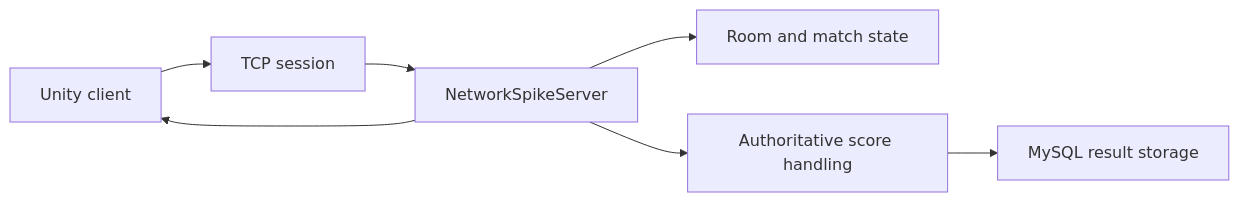
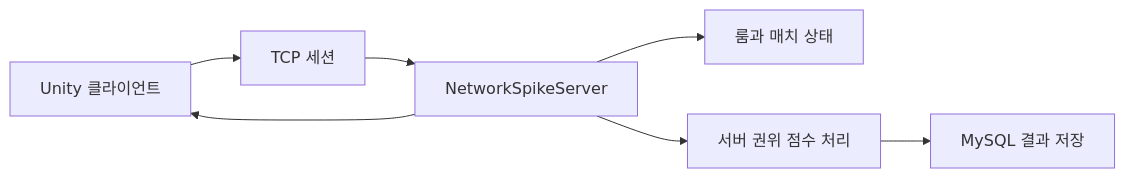
One commit to JunnnnyWon/game-network-midterm changed the diagram in README.md. Above: the diagram before and after it, drawn with Mermaid. The commit also changed other lines of this file, not shown here.

````diff
--- a/README.md
+++ b/README.md
@@ -25,9 +25,9 @@
 ```mermaid
 flowchart LR
-  Unity["Unity client"] --> TCP["TCP session"]
+  Unity["Unity 클라이언트"] --> TCP["TCP 세션"]
   TCP --> Server["NetworkSpikeServer"]
-  Server --> Room["Room and match state"]
-  Server --> Score["Authoritative score handling"]
-  Score --> MySQL["MySQL result storage"]
+  Server --> Room["룸과 매치 상태"]
+  Server --> Score["서버 권위 점수 처리"]
+  Score --> MySQL["MySQL 결과 저장"]
   Server --> Unity
 ```
````
